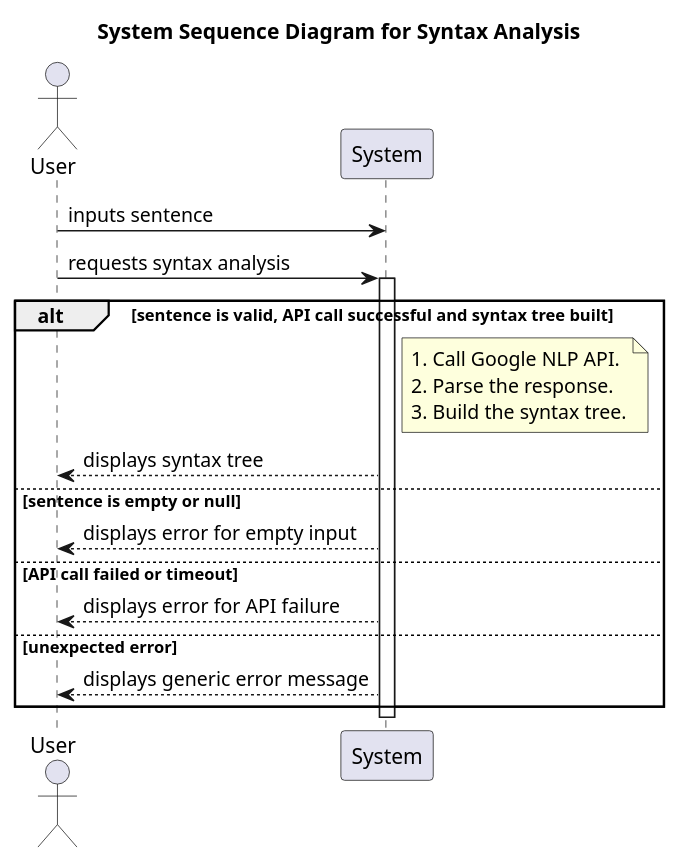
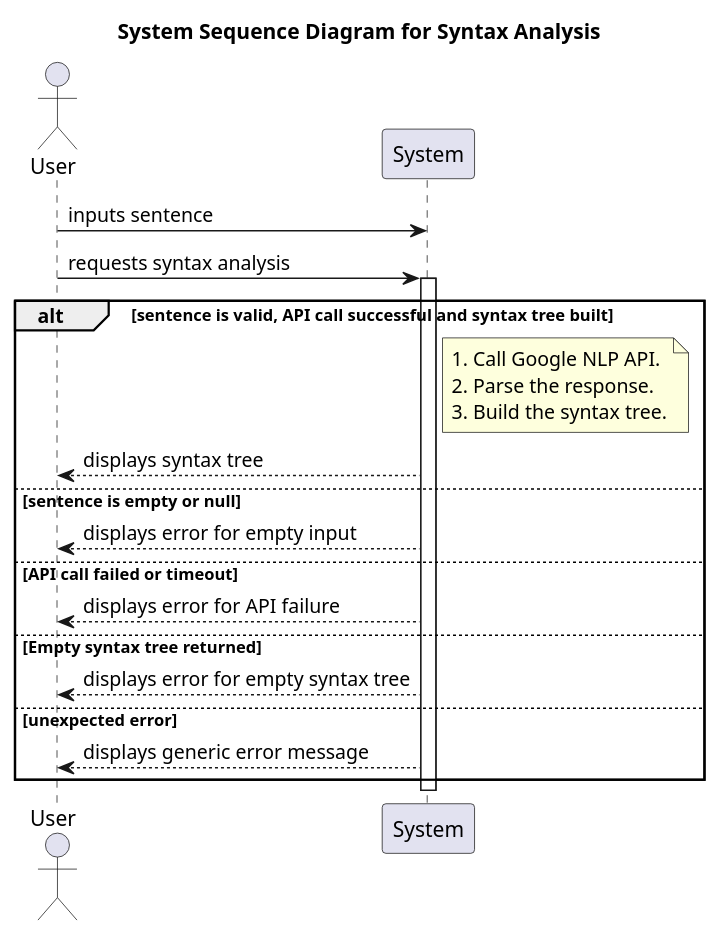
Before and after one commit to liamtoaldo/NonSenseGenerator: the diagram in docs/diagrams/system-sequence/syntax-analysis.plantuml, drawn with PlantUML. The commit also changed 8 other files, not shown here.

Commit message:
FIX - Fix problema radici multiple su syntax analysis e syntax tree

```diff
--- a/docs/diagrams/system-sequence/syntax-analysis.plantuml
+++ b/docs/diagrams/system-sequence/syntax-analysis.plantuml
@@ -1,30 +1,33 @@
 @startuml
 title System Sequence Diagram for Syntax Analysis
 actor User
 participant System
 
 User -> System: inputs sentence
 User -> System: requests syntax analysis
 activate System
 
 alt sentence is valid, API call successful and syntax tree built
     note right of System
         1. Call Google NLP API.
         2. Parse the response.
         3. Build the syntax tree.
     end note
     System --> User : displays syntax tree
 
 else sentence is empty or null
     System --> User : displays error for empty input
 
 else API call failed or timeout
     System --> User : displays error for API failure
 
+else Empty syntax tree returned
+    System --> User : displays error for empty syntax tree
+
 else unexpected error
     System --> User : displays generic error message
 end
 
 deactivate System
 
 @enduml
```
